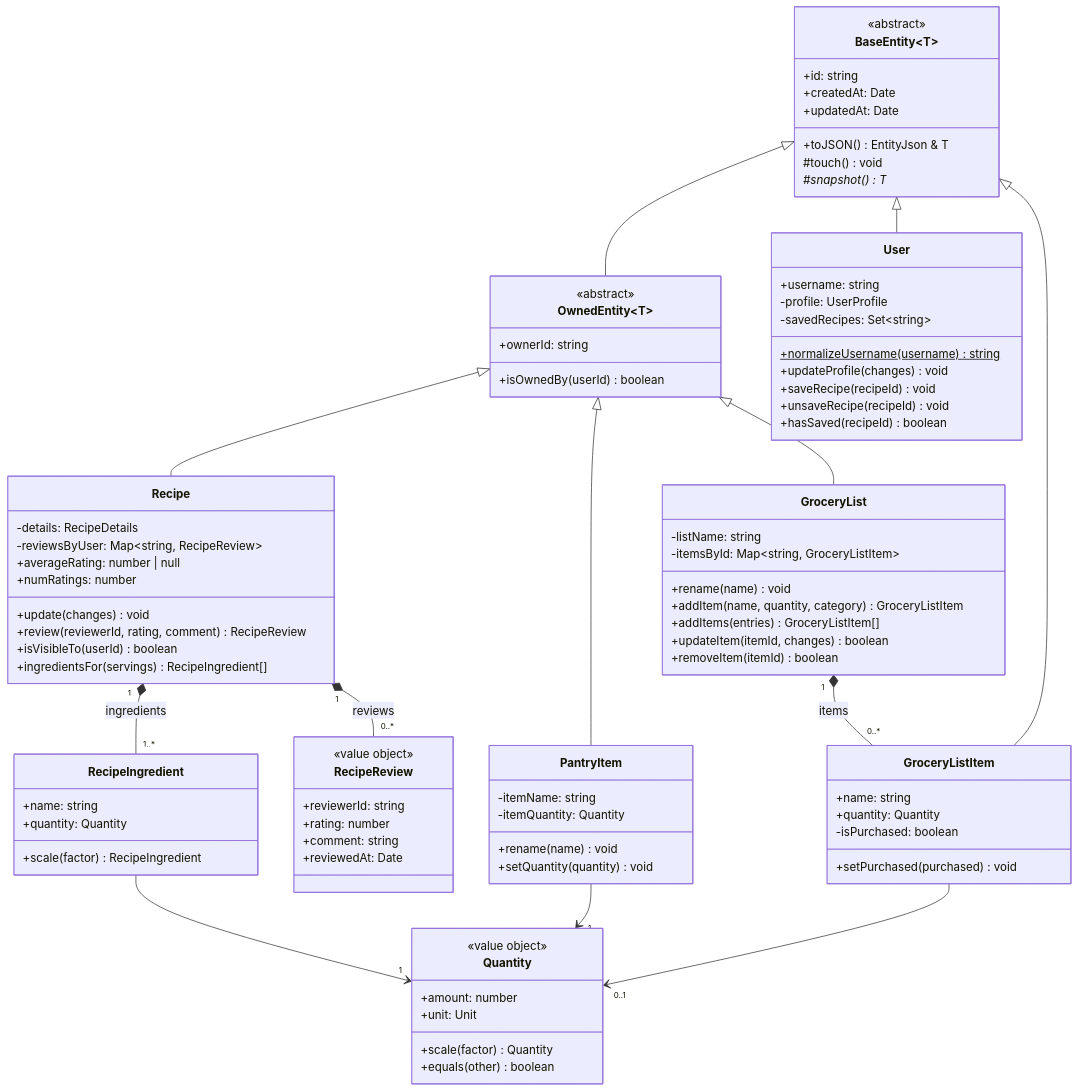
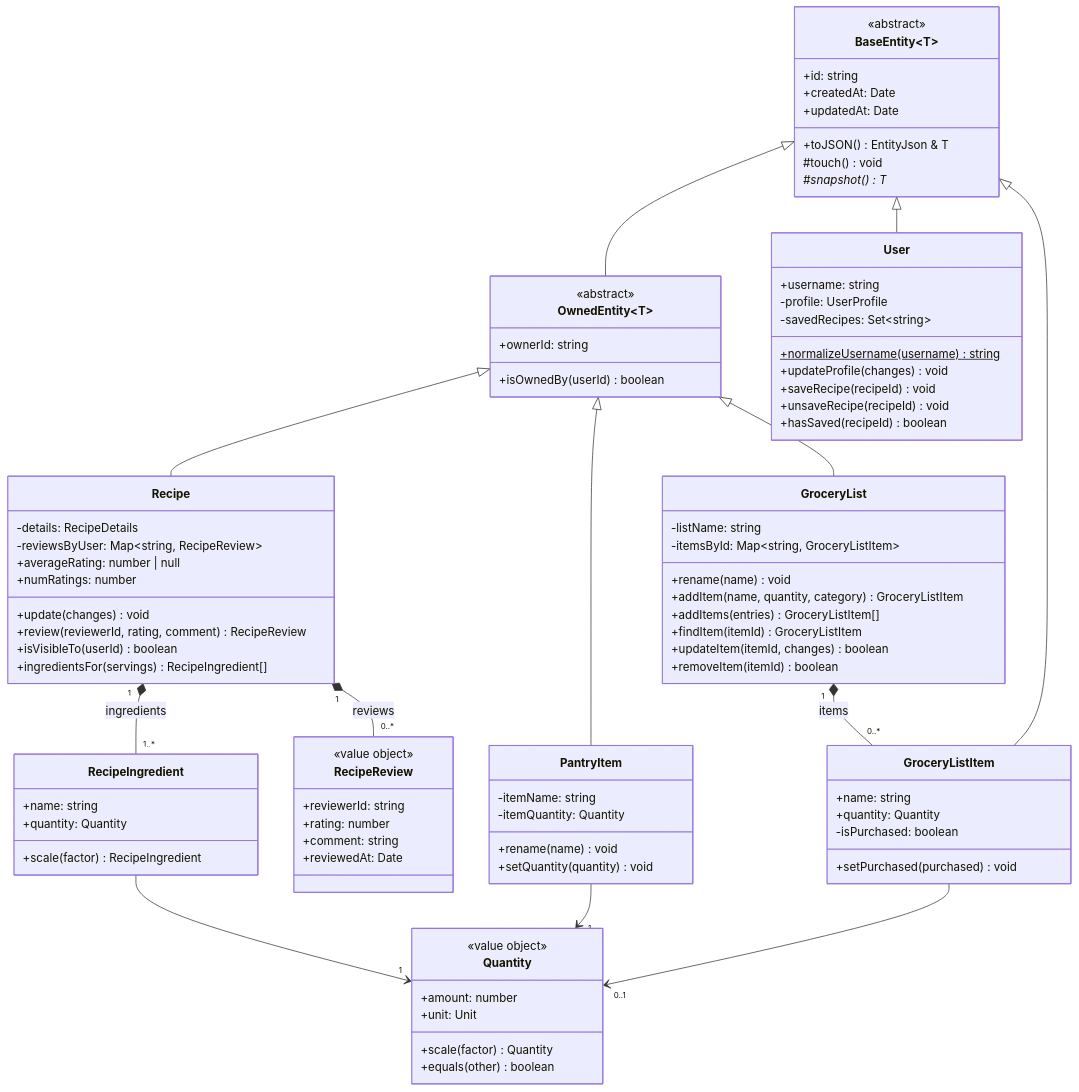
The second of 2 diagrams in docs/DESIGN.md (max1dyer/PlateUp), drawn with Mermaid before and after one commit. The commit also changed other lines of this file and 24 other files, not shown here.

```diff
--- a/docs/DESIGN.md
+++ b/docs/DESIGN.md
@@ -174,6 +174,7 @@
     +rename(name) void
     +addItem(name, quantity, category) GroceryListItem
     +addItems(entries) GroceryListItem[]
+    +findItem(itemId) GroceryListItem
     +updateItem(itemId, changes) boolean
     +removeItem(itemId) boolean
   }
```
